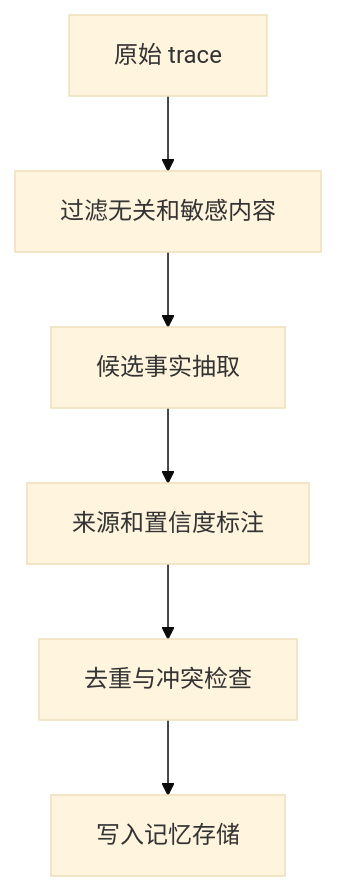
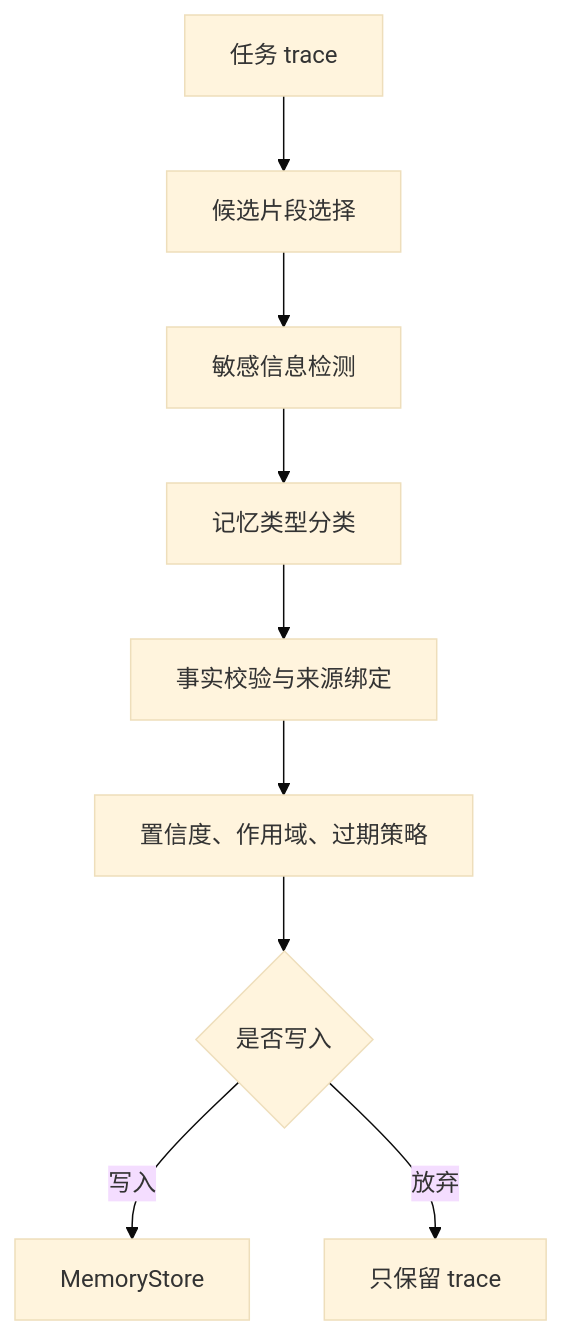
The diagram in docs/AI/Agent/Agent记忆/记忆抽取.md (Doge2077/liyyro), drawn with Mermaid (base theme) before and after one commit. The commit also changed other lines of this file and 27 other files, not shown here.

````diff
--- a/docs/AI/Agent/Agent记忆/记忆抽取.md
+++ b/docs/AI/Agent/Agent记忆/记忆抽取.md
@@ -30,8 +31,11 @@
 ```mermaid
 flowchart TD
-  A["原始 trace"] --> B["过滤无关和敏感内容"]
-  B --> C["候选事实抽取"]
-  C --> D["来源和置信度标注"]
-  D --> E["去重与冲突检查"]
-  E --> F["写入记忆存储"]
+  A["任务 trace"] --> B["候选片段选择"]
+  B --> C["敏感信息检测"]
+  C --> D["记忆类型分类"]
+  D --> E["事实校验与来源绑定"]
+  E --> F["置信度、作用域、过期策略"]
+  F --> G{"是否写入"}
+  G -->|"写入"| H["MemoryStore"]
+  G -->|"放弃"| I["只保留 trace"]
 ```
````
